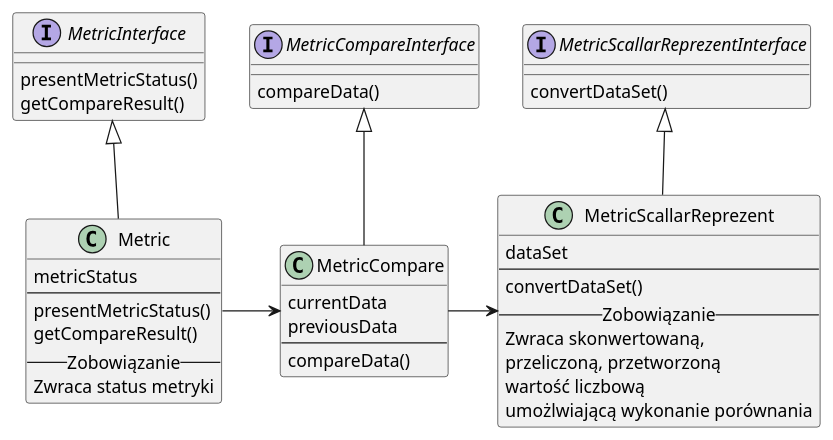
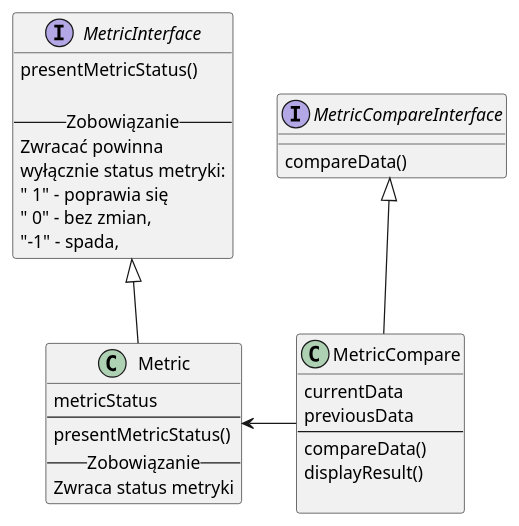
Before and after one commit to marekz/metric_test: the diagram in DOC/Metric_05.puml, drawn with PlantUML. The commit also changed 3 other files, not shown here.

```diff
--- a/DOC/Metric_05.puml
+++ b/DOC/Metric_05.puml
@@ -1,53 +1,63 @@
 @startuml
 
 interface MetricInterface {
     presentMetricStatus()
-    getCompareResult()
+    ' getCompareResult()
+
+-- Zobowiązanie --
+Zwracać powinna 
+wyłącznie status metryki:
+" 1" - poprawia się
+" 0" - bez zmian, 
+"-1" - spada, 
 }
 
 class Metric {
     metricStatus
 --
     presentMetricStatus()
-    getCompareResult()
 -- Zobowiązanie --
 Zwraca status metryki
 }
 
 Metric -up-|> MetricInterface
+
 
 interface MetricCompareInterface {
 compareData()
 }
 
 class MetricCompare {
 currentData
 previousData
 --
 compareData()
+displayResult()
+
 }
 
 MetricCompare -up-|> MetricCompareInterface
 
-Metric -right-> MetricCompare
+MetricCompare -left-> Metric
 
+/'
 interface MetricScallarReprezentInterface {
 convertDataSet()
 }
 
 class MetricScallarReprezent {
 dataSet
 --
 convertDataSet()
 -- Zobowiązanie --
 Zwraca skonwertowaną, 
 przeliczoną, przetworzoną 
 wartość liczbową
 umożlwiającą wykonanie porównania
 }
 
 MetricScallarReprezent -up-|> MetricScallarReprezentInterface
 
 MetricCompare -right-> MetricScallarReprezent
-
+'/
 @enduml
```
